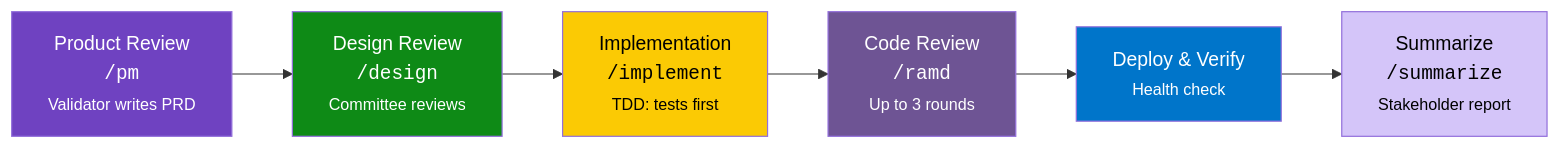
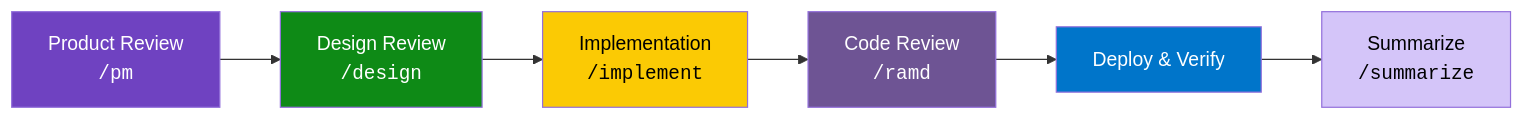
Before and after one commit to suniljames/directives: the third of 3 diagrams in README.md, drawn with Mermaid. The commit also changed other lines of this file and 18 other files, not shown here.

````diff
--- a/README.md
+++ b/README.md
@@ -48,15 +51,15 @@
 ```mermaid
 graph LR
-    A["Product Review<br/><code>/pm</code><br/><small>Validator writes PRD</small>"] --> B["Design Review<br/><code>/design</code><br/><small>Committee reviews</small>"]
-    B --> C["Implementation<br/><code>/implement</code><br/><small>TDD: tests first</small>"]
-    C --> D["Code Review<br/><code>/ramd</code><br/><small>Up to 3 rounds</small>"]
-    D --> E["Deploy & Verify<br/><small>Health check</small>"]
-    E --> F["Summarize<br/><code>/summarize</code><br/><small>Stakeholder report</small>"]
+    A["Product Review<br/><code>/pm</code>"] --> B["Design Review<br/><code>/design</code>"]
+    B --> C["Implementation<br/><code>/implement</code>"]
+    C --> D["Code Review<br/><code>/ramd</code>"]
+    D --> E["Deploy & Verify"]
+    E --> F["Summarize<br/><code>/summarize</code>"]
 
     style A fill:#6f42c1,color:#fff
     style B fill:#0e8a16,color:#fff
     style C fill:#fbca04,color:#000
     style D fill:#6e5494,color:#fff
     style E fill:#0075ca,color:#fff
     style F fill:#d4c5f9,color:#000
 ```
````
